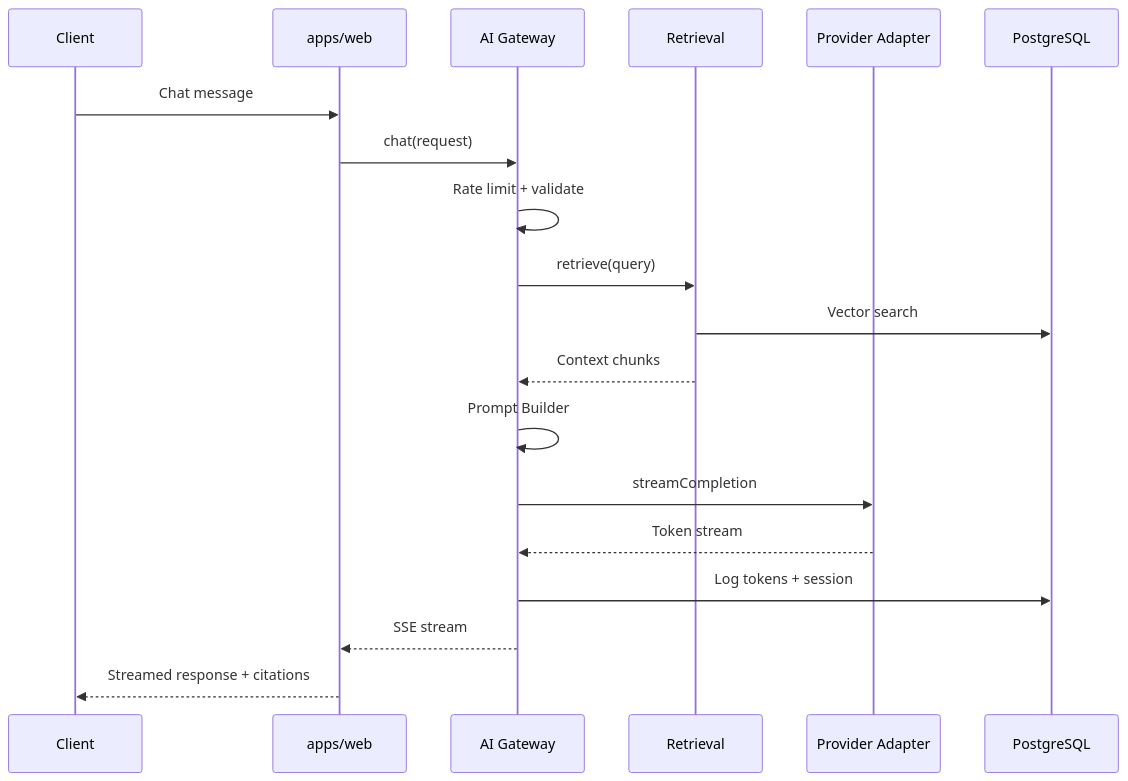
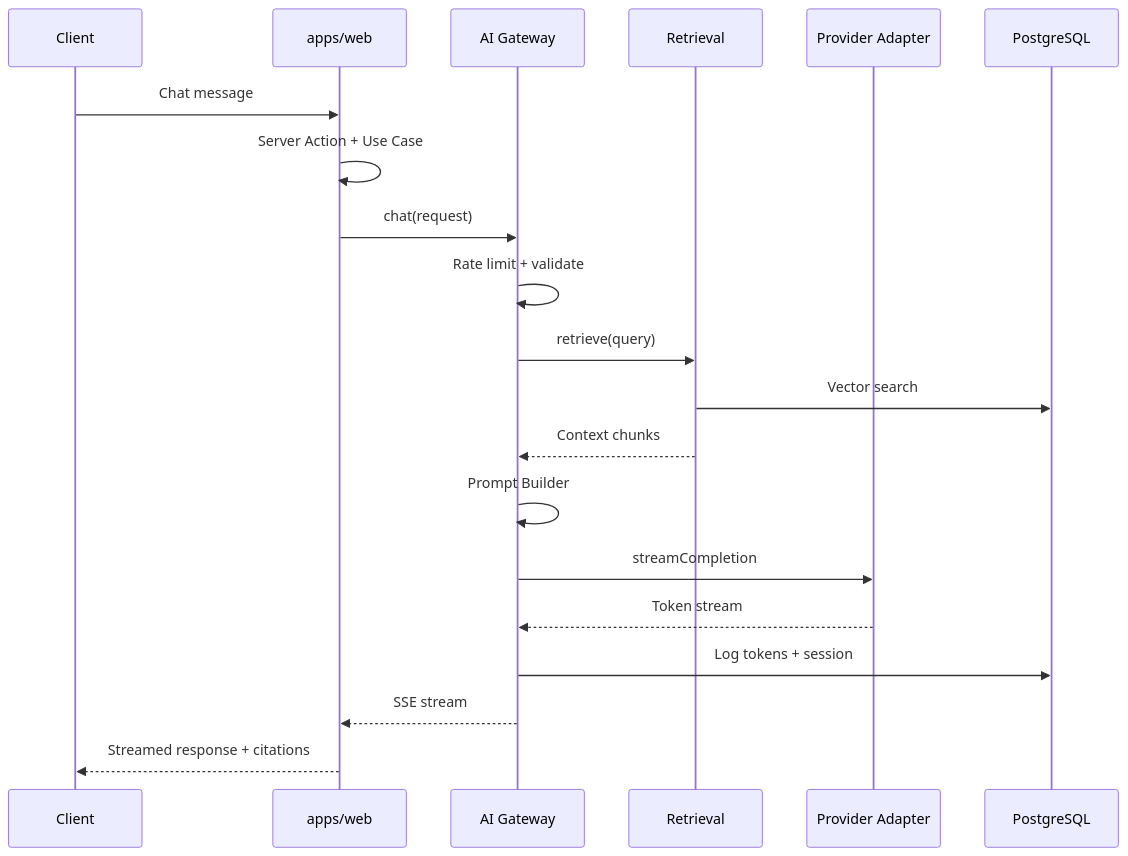
The diagram in docs/01-architecture/ai.md (ifaridaiman/portfolio-red), drawn with Mermaid before and after one commit. The commit also changed other lines of this file and 24 other files, not shown here.

First line of the commit message:
docs: add engineering architecture brief as primary agent reference

````diff
--- a/docs/01-architecture/ai.md
+++ b/docs/01-architecture/ai.md
@@ -26,22 +45,23 @@
 ```mermaid
 sequenceDiagram
     participant Client
     participant Web as apps/web
     participant Gateway as AI Gateway
     participant RAG as Retrieval
     participant LLM as Provider Adapter
     participant DB as PostgreSQL
 
     Client->>Web: Chat message
+    Web->>Web: Server Action + Use Case
     Web->>Gateway: chat(request)
     Gateway->>Gateway: Rate limit + validate
     Gateway->>RAG: retrieve(query)
     RAG->>DB: Vector search
     RAG-->>Gateway: Context chunks
     Gateway->>Gateway: Prompt Builder
     Gateway->>LLM: streamCompletion
     LLM-->>Gateway: Token stream
     Gateway->>DB: Log tokens + session
     Gateway-->>Web: SSE stream
     Web-->>Client: Streamed response + citations
 ```
````
